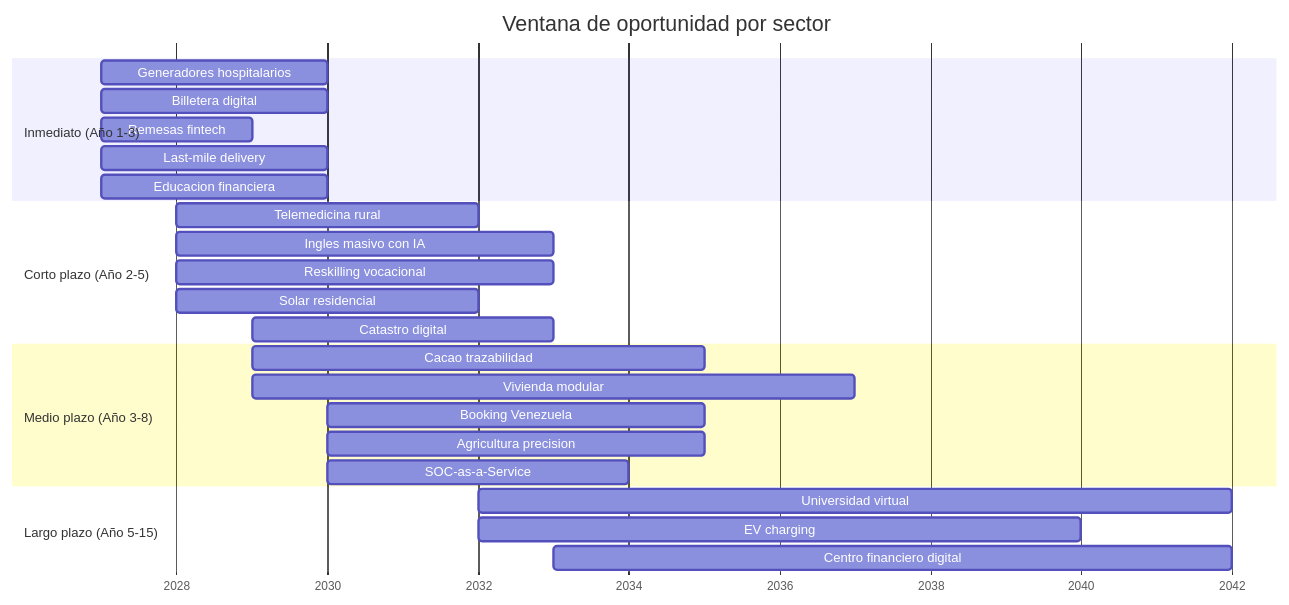
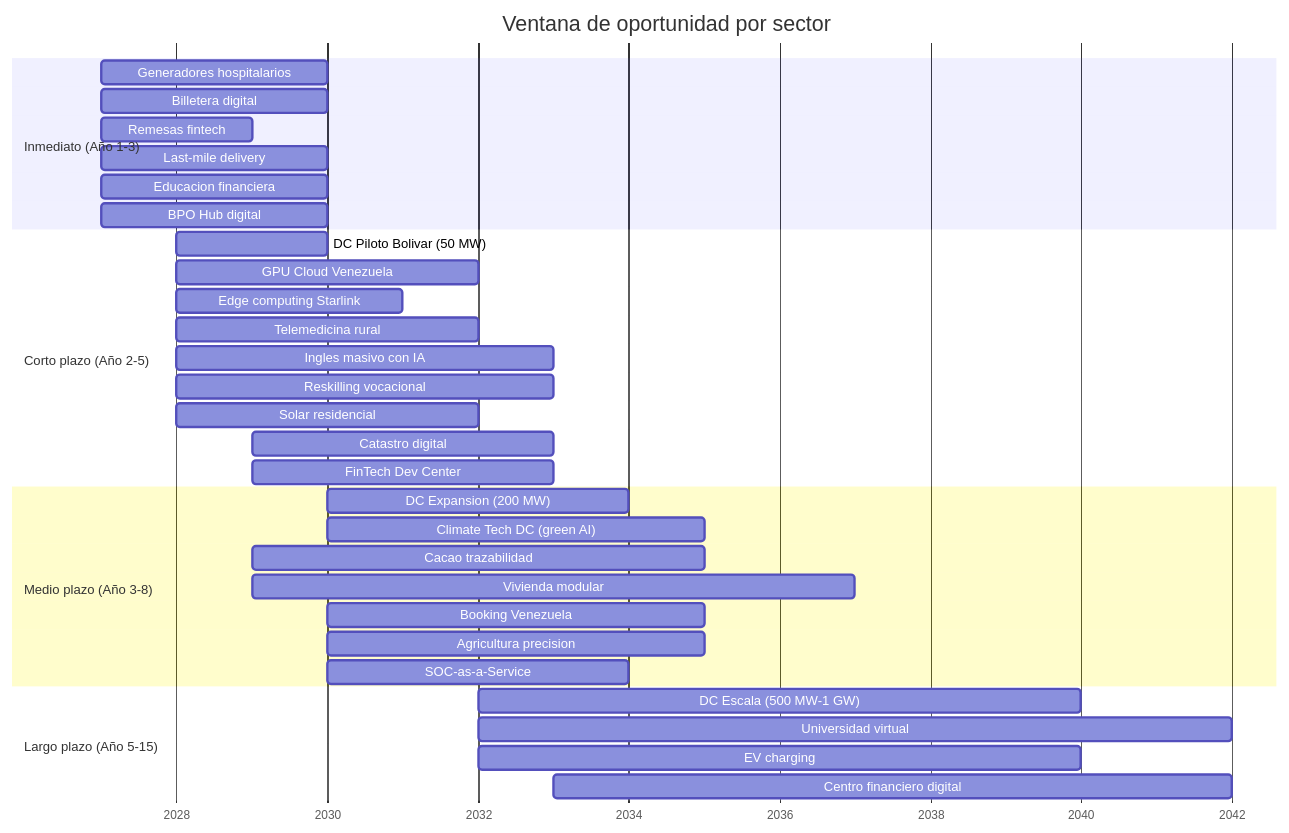
The second of 2 diagrams in docs/05-transformacion/oportunidades-negocio.md (Venezuela-S-A/venezuela-sa), drawn with Mermaid before and after one commit. The commit also changed other lines of this file and 127 other files, not shown here.

````diff
--- a/docs/05-transformacion/oportunidades-negocio.md
+++ b/docs/05-transformacion/oportunidades-negocio.md
@@ -219,28 +255,36 @@
 ```mermaid
 gantt
     title Ventana de oportunidad por sector
     dateFormat YYYY
     axisFormat %Y
     section Inmediato (Año 1-3)
     Generadores hospitalarios      :2027, 2030
     Billetera digital              :2027, 2030
     Remesas fintech                :2027, 2029
     Last-mile delivery             :2027, 2030
     Educacion financiera           :2027, 2030
+    BPO Hub digital                :2027, 2030
     section Corto plazo (Año 2-5)
+    DC Piloto Bolivar (50 MW)      :2028, 2030
+    GPU Cloud Venezuela            :2028, 2032
+    Edge computing Starlink        :2028, 2031
     Telemedicina rural             :2028, 2032
     Ingles masivo con IA           :2028, 2033
     Reskilling vocacional          :2028, 2033
     Solar residencial              :2028, 2032
     Catastro digital               :2029, 2033
+    FinTech Dev Center             :2029, 2033
     section Medio plazo (Año 3-8)
+    DC Expansion (200 MW)          :2030, 2034
+    Climate Tech DC (green AI)     :2030, 2035
     Cacao trazabilidad             :2029, 2035
     Vivienda modular               :2029, 2037
     Booking Venezuela              :2030, 2035
     Agricultura precision          :2030, 2035
     SOC-as-a-Service               :2030, 2034
     section Largo plazo (Año 5-15)
+    DC Escala (500 MW-1 GW)        :2032, 2040
     Universidad virtual            :2032, 2042
     EV charging                    :2032, 2040
     Centro financiero digital      :2033, 2042
 ```
````
